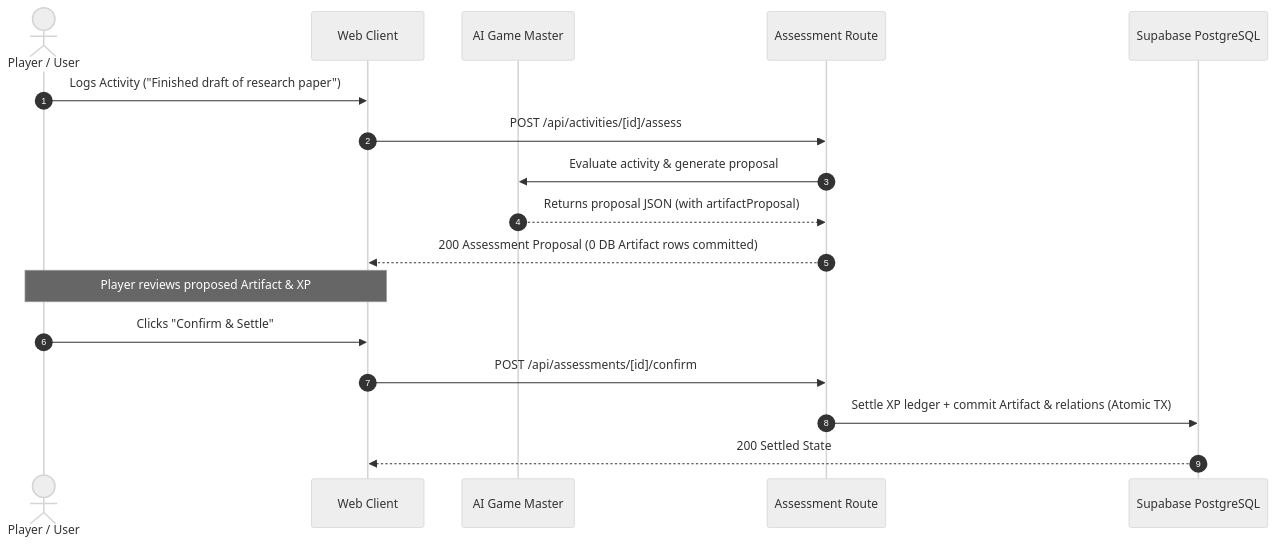
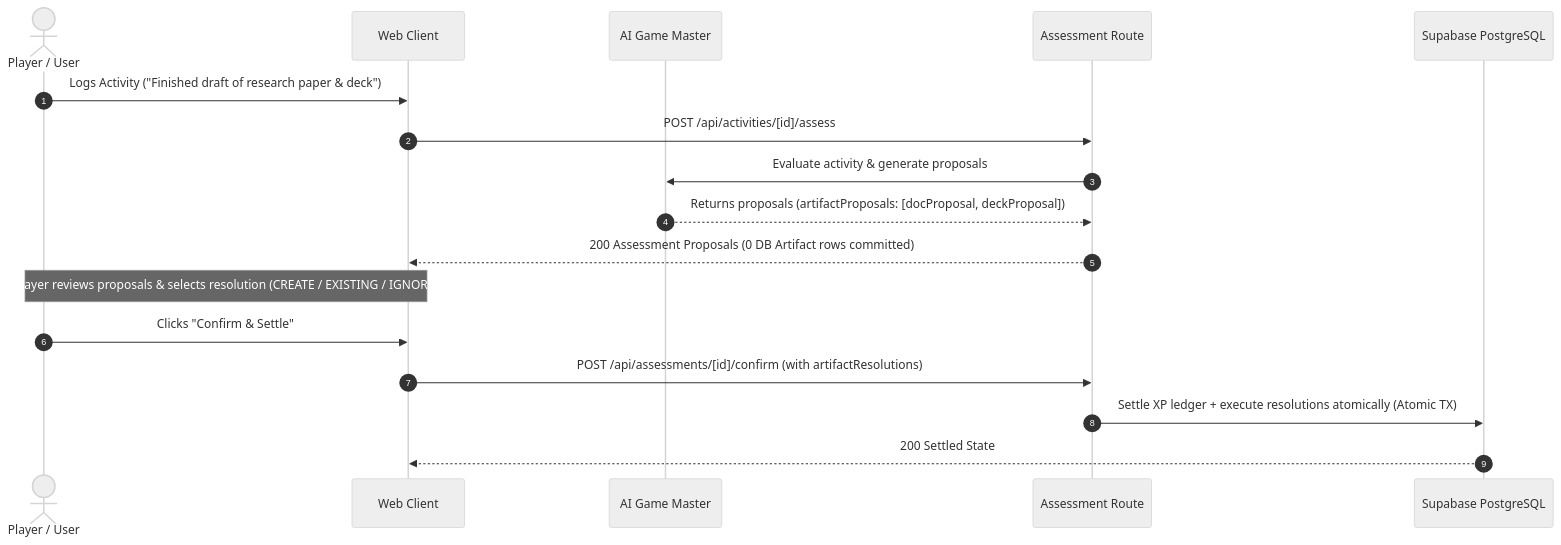
The diagram in docs/Stage7/02_ARTIFACT_AUTHORITY_RULES.md (Daylily-Huang/AI-Personal-Growth-RPG), drawn with Mermaid (neutral theme) before and after one commit. The commit also changed other lines of this file and 5 other files, not shown here.

Commit message:
docs(stage7): freeze plural artifact proposals, resolution union & idempotent settlement contract

````diff
--- a/docs/Stage7/02_ARTIFACT_AUTHORITY_RULES.md
+++ b/docs/Stage7/02_ARTIFACT_AUTHORITY_RULES.md
@@ -39,20 +83,20 @@
 ```mermaid
 sequenceDiagram
     autonumber
     actor Player as Player / User
     participant Web as Web Client
     participant AI as AI Game Master
     participant API as Assessment Route
     participant DB as Supabase PostgreSQL
 
-    Player->>Web: Logs Activity ("Finished draft of research paper")
+    Player->>Web: Logs Activity ("Finished draft of research paper & deck")
     Web->>API: POST /api/activities/[id]/assess
-    API->>AI: Evaluate activity & generate proposal
-    AI-->>API: Returns proposal JSON (with artifactProposal)
-    API-->>Web: 200 Assessment Proposal (0 DB Artifact rows committed)
-    Note over Web,Player: Player reviews proposed Artifact & XP
+    API->>AI: Evaluate activity & generate proposals
+    AI-->>API: Returns proposals (artifactProposals: [docProposal, deckProposal])
+    API-->>Web: 200 Assessment Proposals (0 DB Artifact rows committed)
+    Note over Web,Player: Player reviews proposals & selects resolution (CREATE / EXISTING / IGNORE)
     Player->>Web: Clicks "Confirm & Settle"
-    Web->>API: POST /api/assessments/[id]/confirm
-    API->>DB: Settle XP ledger + commit Artifact & relations (Atomic TX)
+    Web->>API: POST /api/assessments/[id]/confirm (with artifactResolutions)
+    API->>DB: Settle XP ledger + execute resolutions atomically (Atomic TX)
     DB-->>Web: 200 Settled State
 ```
````
